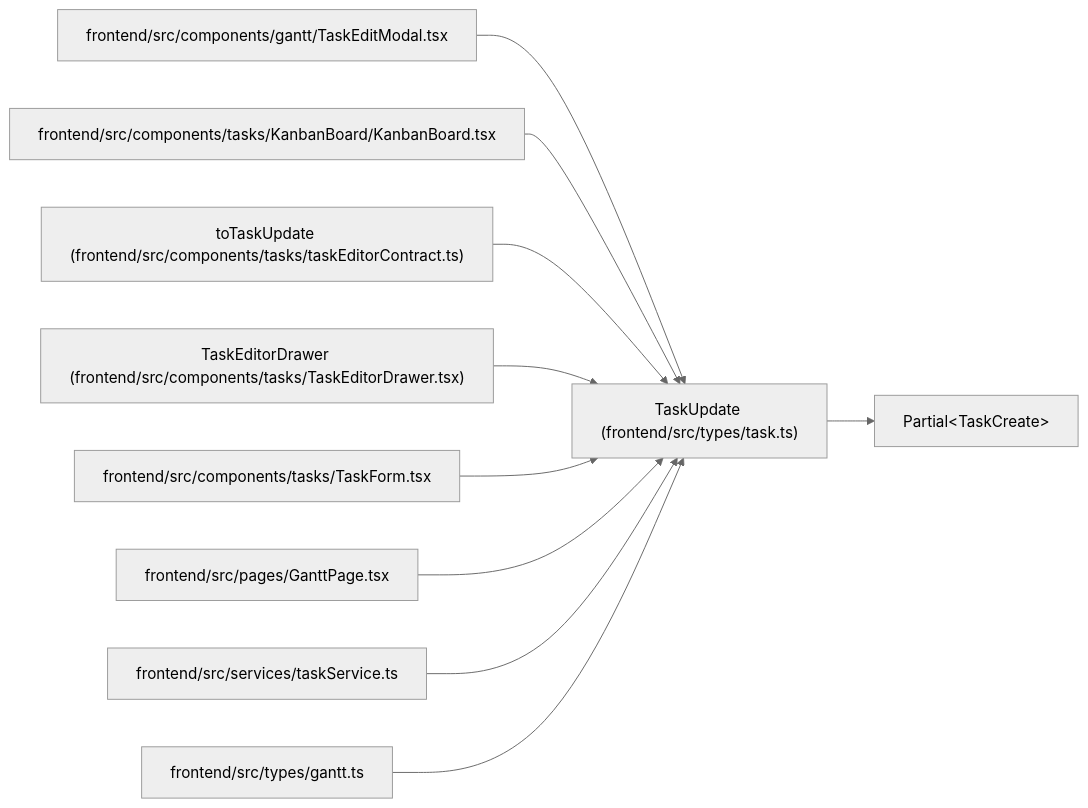
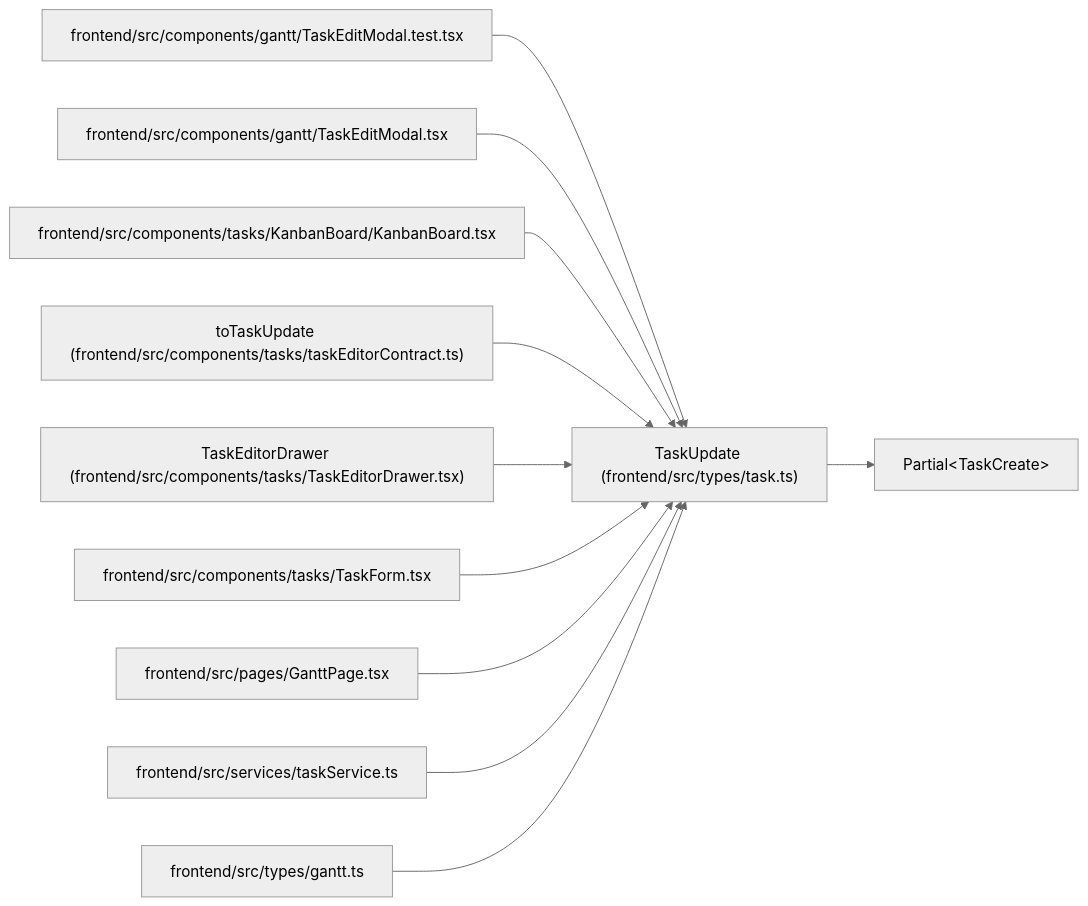
One commit to Denissvgn/WorkChord changed the diagram in docs/llm_wiki/entities/types_task_TaskUpdate.md. Above: the diagram before and after it, drawn with Mermaid (neutral theme). The commit also changed other lines of this file and 729 other files, not shown here.

````diff
--- a/docs/llm_wiki/entities/types_task_TaskUpdate.md
+++ b/docs/llm_wiki/entities/types_task_TaskUpdate.md
@@ -26,31 +26,34 @@
 ```mermaid
 flowchart LR
     n0["TaskUpdate (frontend/src/types/task.ts)"]
     n1["Partial#60;TaskCreate#62;"]
-    n2["frontend/src/components/gantt/TaskEditModal.tsx"]
-    n3["frontend/src/components/tasks/KanbanBoard/KanbanBoard.tsx"]
-    n4["toTaskUpdate (frontend/src/components/tasks/taskEditorContract.ts)"]
-    n5["TaskEditorDrawer (frontend/src/components/tasks/TaskEditorDrawer.tsx)"]
-    n6["frontend/src/components/tasks/TaskForm.tsx"]
-    n7["frontend/src/pages/GanttPage.tsx"]
-    n8["frontend/src/services/taskService.ts"]
-    n9["frontend/src/types/gantt.ts"]
+    n2["frontend/src/components/gantt/TaskEditModal.test.tsx"]
+    n3["frontend/src/components/gantt/TaskEditModal.tsx"]
+    n4["frontend/src/components/tasks/KanbanBoard/KanbanBoard.tsx"]
+    n5["toTaskUpdate (frontend/src/components/tasks/taskEditorContract.ts)"]
+    n6["TaskEditorDrawer (frontend/src/components/tasks/TaskEditorDrawer.tsx)"]
+    n7["frontend/src/components/tasks/TaskForm.tsx"]
+    n8["frontend/src/pages/GanttPage.tsx"]
+    n9["frontend/src/services/taskService.ts"]
+    n10["frontend/src/types/gantt.ts"]
     n0 --> n1
     n2 --> n0
     n3 --> n0
     n4 --> n0
     n5 --> n0
     n6 --> n0
     n7 --> n0
     n8 --> n0
     n9 --> n0
+    n10 --> n0
     click n0 "../modules/types_task.md"
-    click n2 "../modules/TaskEditModal.md"
-    click n3 "../modules/KanbanBoard.md"
-    click n4 "../modules/taskEditorContract.md"
-    click n5 "../modules/TaskEditorDrawer.md"
-    click n6 "../modules/TaskForm.md"
-    click n7 "../modules/GanttPage.md"
-    click n8 "../modules/taskService.md"
-    click n9 "../modules/types_gantt.md"
+    click n2 "../modules/TaskEditModal.test.md"
+    click n3 "../modules/TaskEditModal.md"
+    click n4 "../modules/KanbanBoard.md"
+    click n5 "../modules/taskEditorContract.md"
+    click n6 "../modules/TaskEditorDrawer.md"
+    click n7 "../modules/TaskForm.md"
+    click n8 "../modules/GanttPage.md"
+    click n9 "../modules/taskService.md"
+    click n10 "../modules/types_gantt.md"
 ```
````
